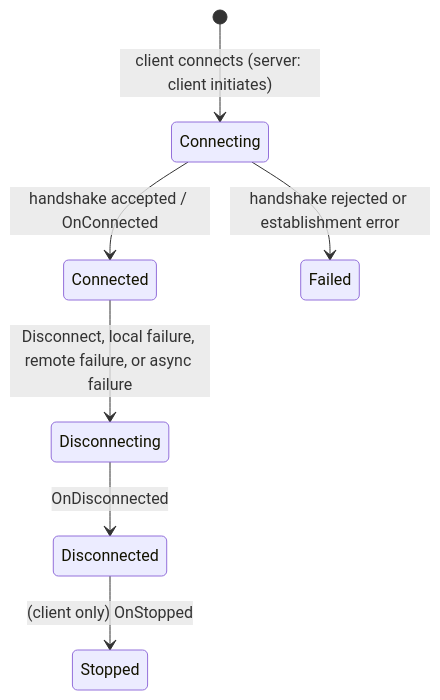
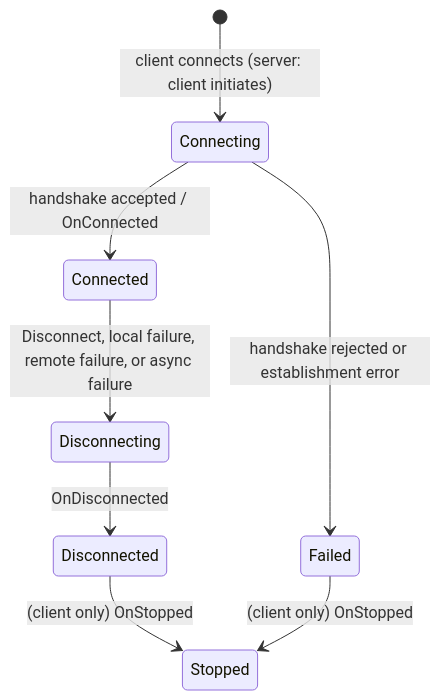
Before and after one commit to FyodorZh/Pontifex: the third of 3 diagrams in Pontifex/Abstractions/Transports/Raw/Reliable/Ack/Specification.md, drawn with Mermaid. The commit also changed other lines of this file, not shown here.

````diff
--- a/Pontifex/Abstractions/Transports/Raw/Reliable/Ack/Specification.md
+++ b/Pontifex/Abstractions/Transports/Raw/Reliable/Ack/Specification.md
@@ -372,9 +384,10 @@
 ```mermaid
 stateDiagram-v2
     [*] --> Connecting: client connects (server: client initiates)
     Connecting --> Connected: handshake accepted / OnConnected
     Connecting --> Failed: handshake rejected or establishment error
     Connected --> Disconnecting: Disconnect, local failure, remote failure, or async failure
     Disconnecting --> Disconnected: OnDisconnected
     Disconnected --> Stopped: (client only) OnStopped
+    Failed --> Stopped: (client only) OnStopped
 ```
````
